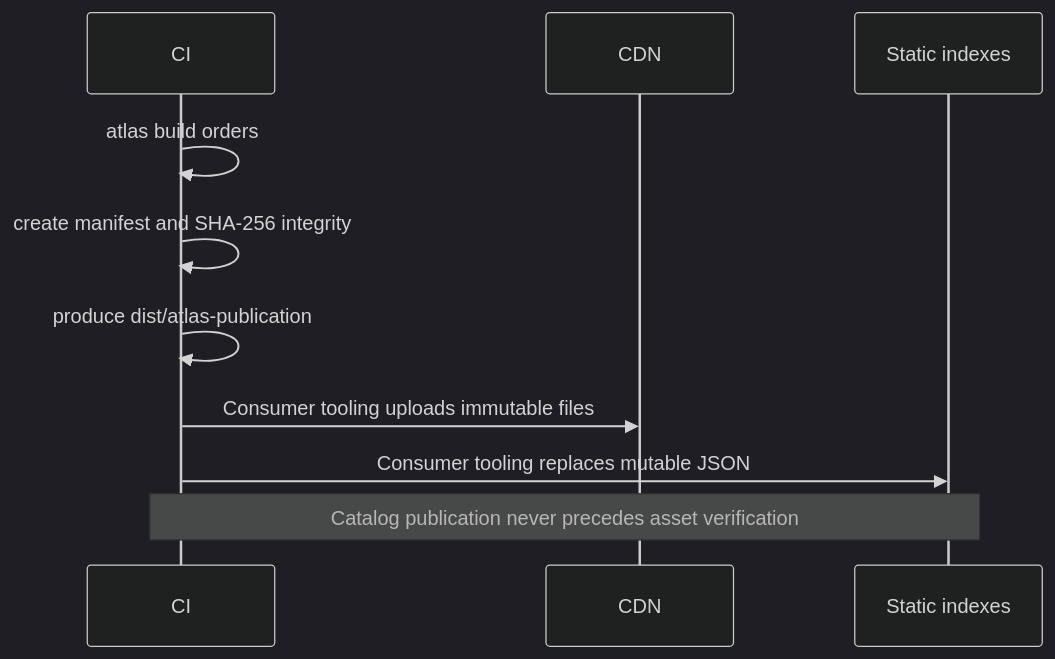
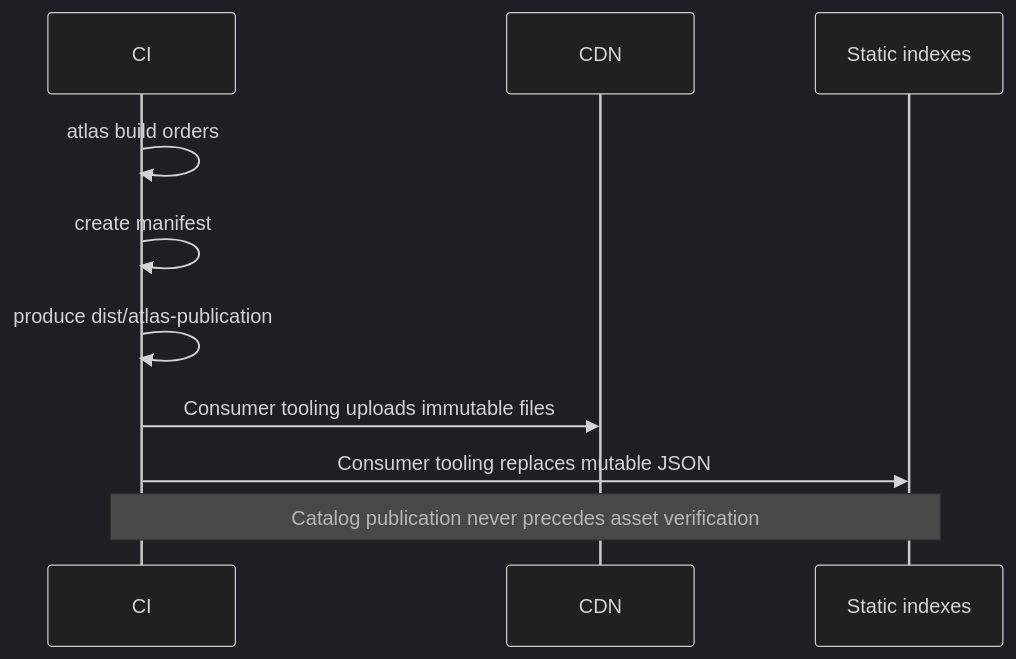
One commit to bendaj11/atlas changed the diagram in docs/production-deployment.md. Above: the diagram before and after it, drawn with Mermaid (dark theme). The commit also changed other lines of this file and 63 other files, not shown here.

````diff
--- a/docs/production-deployment.md
+++ b/docs/production-deployment.md
@@ -36,12 +34,12 @@
 ```mermaid
 sequenceDiagram
   participant CI
   participant CDN
   participant Indexes as Static indexes
   CI->>CI: atlas build orders
-  CI->>CI: create manifest and SHA-256 integrity
+  CI->>CI: create manifest
   CI->>CI: produce dist/atlas-publication
   CI->>CDN: Consumer tooling uploads immutable files
   CI->>Indexes: Consumer tooling replaces mutable JSON
   Note over CI,Indexes: Catalog publication never precedes asset verification
 ```
````
